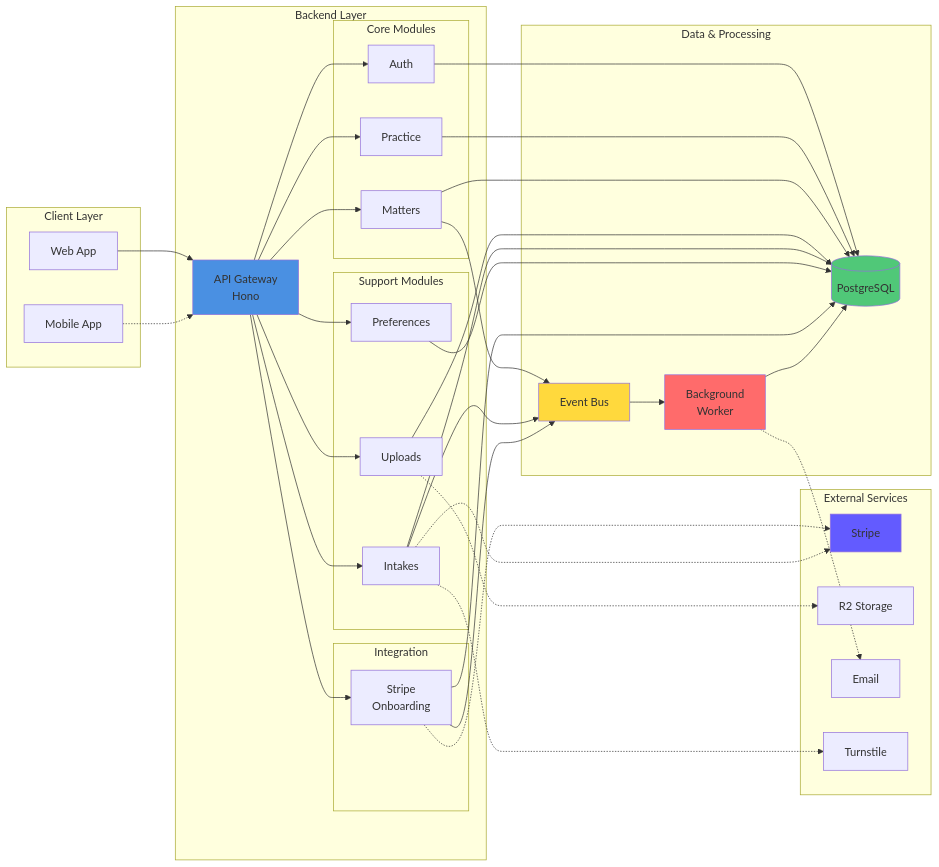
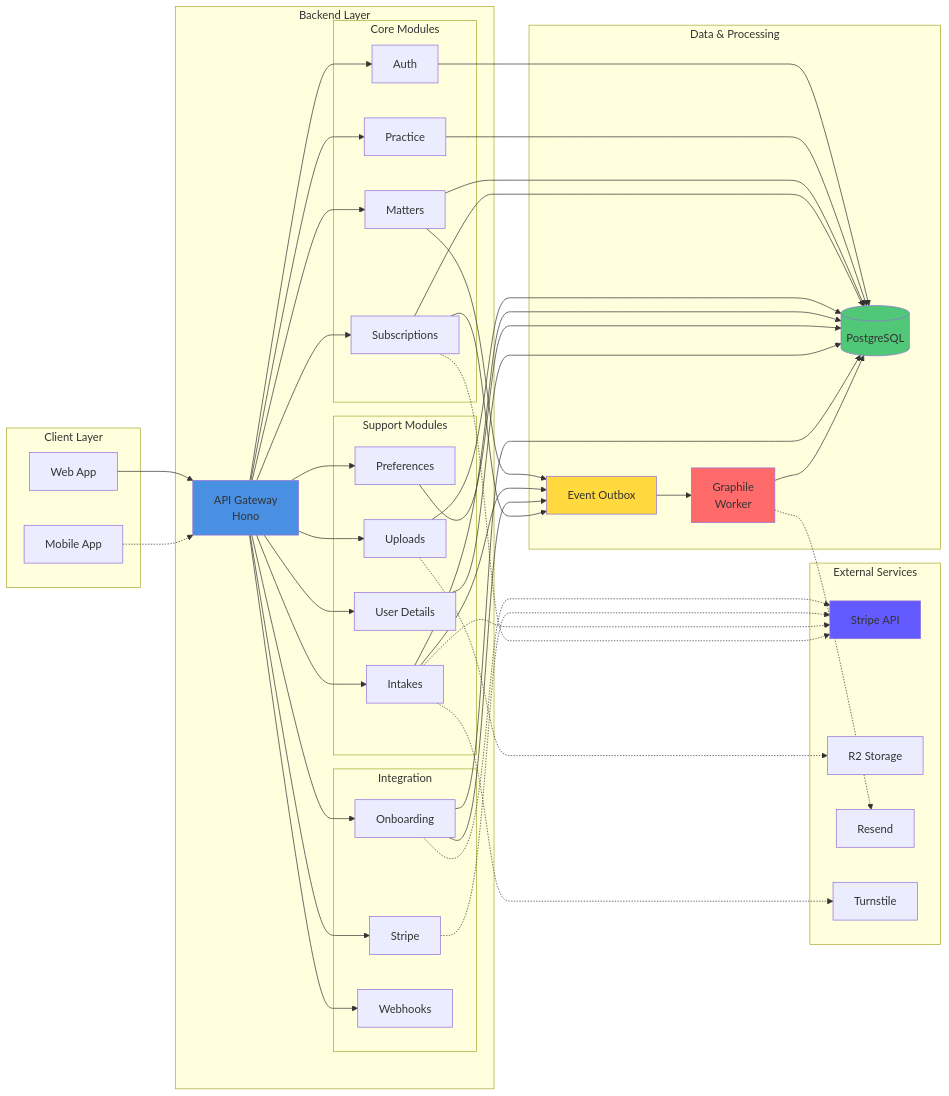
Before and after one commit to Blawby/blawby-backend: the first of 8 diagrams in docs/SYSTEM_ARCHITECTURE.md, drawn with Mermaid. The commit also changed other lines of this file and 3 other files, not shown here.

Commit message:
docs: expand `SYSTEM_ARCHITECTURE.md` with detailed sections on tech stack, module structure, request flow, error handling, and event-driven architecture, and reorganize related documentation files.

````diff
--- a/docs/SYSTEM_ARCHITECTURE.md
+++ b/docs/SYSTEM_ARCHITECTURE.md
@@ -16,29 +44,33 @@
             AUTH[Auth]
             PRACTICE[Practice]
             MATTERS[Matters]
+            SUBS[Subscriptions]
         end
 
         subgraph SUPPORT[" Support Modules "]
             UPLOADS[Uploads]
             INTAKES[Intakes]
             PREFS[Preferences]
+            USERDET[User Details]
         end
 
         subgraph INTEGRATION[" Integration "]
-            ONBOARD[Stripe<br/>Onboarding]
+            ONBOARD[Onboarding]
+            STRIPE[Stripe]
+            WEBHOOKS[Webhooks]
         end
     end
 
     subgraph DATA[" Data & Processing "]
         DB[(PostgreSQL)]
-        EVENTS[Event Bus]
-        WORKER[Background<br/>Worker]
+        EVENTS[Event Outbox]
+        WORKER[Graphile<br/>Worker]
     end
 
     subgraph EXTERNAL[" External Services "]
-        STRIPE[Stripe]
+        STRIPEAPI[Stripe API]
         R2[R2 Storage]
-        EMAIL[Email]
+        EMAIL[Resend]
         CAPTCHA[Turnstile]
     end
 
@@ -48,35 +80,44 @@
     API --> AUTH
     API --> PRACTICE
     API --> MATTERS
+    API --> SUBS
     API --> UPLOADS
     API --> INTAKES
     API --> PREFS
+    API --> USERDET
     API --> ONBOARD
+    API --> STRIPE
+    API --> WEBHOOKS
 
     AUTH --> DB
     PRACTICE --> DB
     MATTERS --> DB
+    SUBS --> DB
     UPLOADS --> DB
     INTAKES --> DB
     PREFS --> DB
+    USERDET --> DB
     ONBOARD --> DB
 
     MATTERS --> EVENTS
     INTAKES --> EVENTS
     ONBOARD --> EVENTS
+    SUBS --> EVENTS
 
     EVENTS --> WORKER
     WORKER --> DB
 
-    ONBOARD -.-> STRIPE
-    INTAKES -.-> STRIPE
+    ONBOARD -.-> STRIPEAPI
+    STRIPE -.-> STRIPEAPI
+    INTAKES -.-> STRIPEAPI
+    SUBS -.-> STRIPEAPI
     UPLOADS -.-> R2
     INTAKES -.-> CAPTCHA
     WORKER -.-> EMAIL
 
     style API fill:#4A90E2
     style DB fill:#50C878
-    style STRIPE fill:#635BFF
+    style STRIPEAPI fill:#635BFF
     style WORKER fill:#FF6B6B
     style EVENTS fill:#FFD93D
 ```
````
